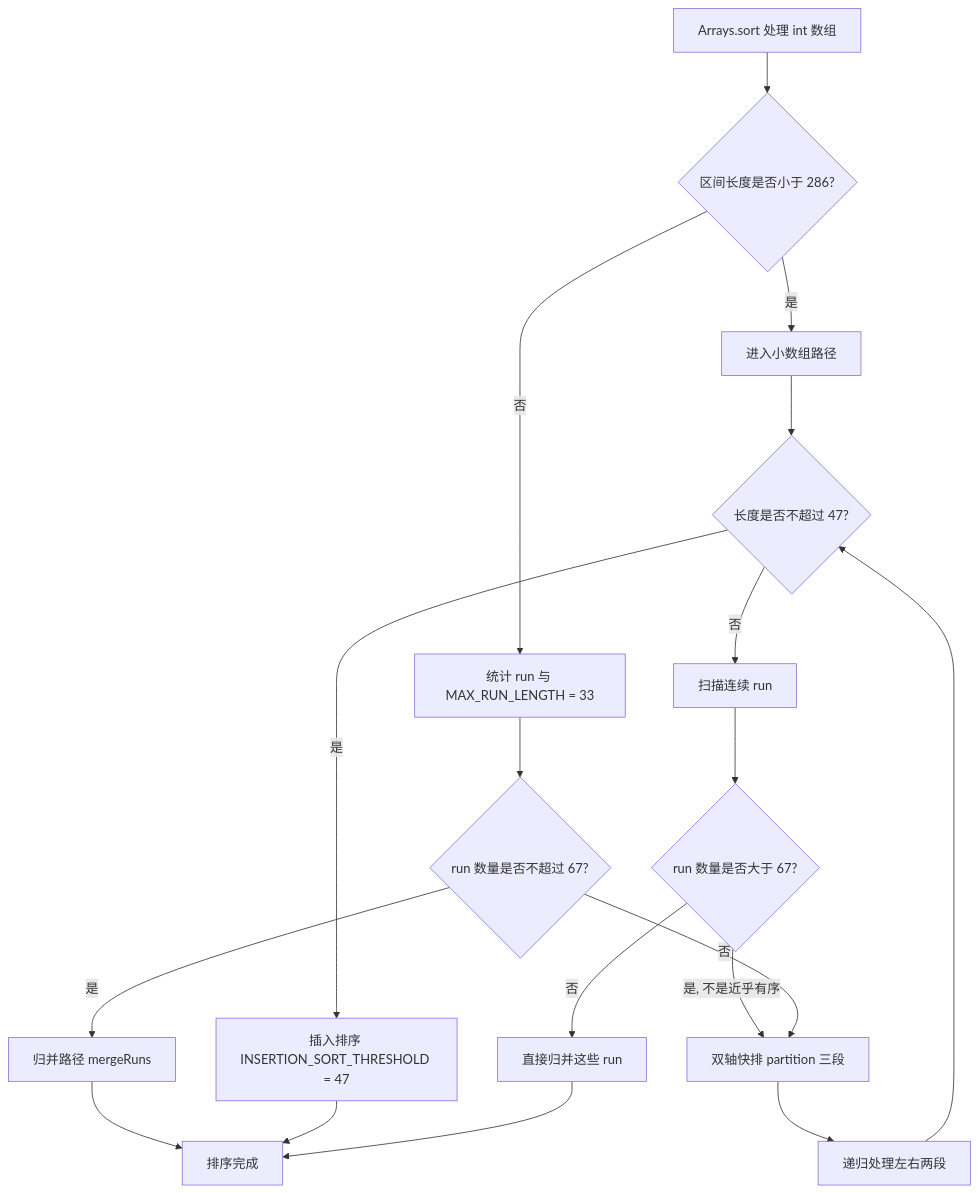
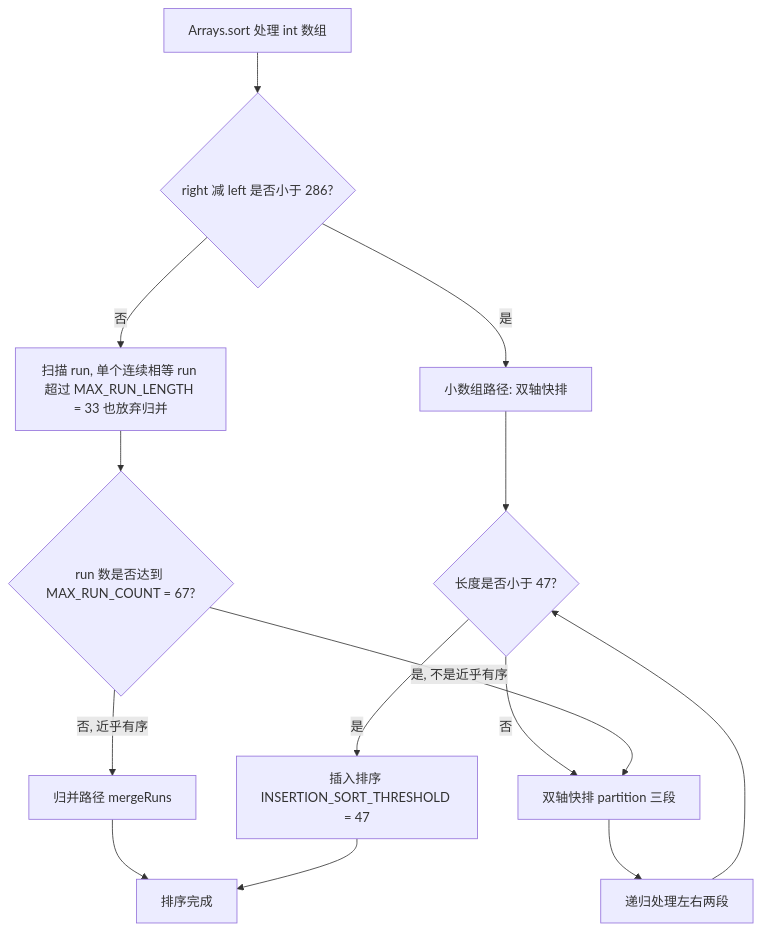
One commit to jacketan/java-interview changed the first of 12 diagrams in 07-cs-fundamentals/03-数据结构与算法.md. Above: the diagram before and after it, drawn with Mermaid. The commit also changed other lines of this file and 38 other files, not shown here.

````diff
--- a/07-cs-fundamentals/03-数据结构与算法.md
+++ b/07-cs-fundamentals/03-数据结构与算法.md
@@ -90,20 +90,16 @@
 ```mermaid
 flowchart TD
-  A["Arrays.sort 处理 int 数组"] --> B{"区间长度是否小于 286?"}
-  B -->|"是"| C["进入小数组路径"]
-  C --> C1{"长度是否不超过 47?"}
+  A["Arrays.sort 处理 int 数组"] --> B{"right 减 left 是否小于 286?"}
+  B -->|"是"| C["小数组路径: 双轴快排"]
+  C --> C1{"长度是否小于 47?"}
   C1 -->|"是"| C2["插入排序 INSERTION_SORT_THRESHOLD = 47"]
-  C1 -->|"否"| C3["扫描连续 run"]
-  C3 --> C4{"run 数量是否大于 67?"}
-  C4 -->|"是, 不是近乎有序"| C5["双轴快排 partition 三段"]
-  C4 -->|"否"| C6["直接归并这些 run"]
-  B -->|"否"| D["统计 run 与 MAX_RUN_LENGTH = 33"]
-  D --> E{"run 数量是否不超过 67?"}
-  E -->|"是"| F["归并路径 mergeRuns"]
-  E -->|"否"| C5
+  C1 -->|"否"| C5["双轴快排 partition 三段"]
+  B -->|"否"| D["扫描 run, 单个连续相等 run 超过 MAX_RUN_LENGTH = 33 也放弃归并"]
+  D --> E{"run 数是否达到 MAX_RUN_COUNT = 67?"}
+  E -->|"否, 近乎有序"| F["归并路径 mergeRuns"]
+  E -->|"是, 不是近乎有序"| C5
   C5 --> G["递归处理左右两段"]
   G --> C1
   F --> H["排序完成"]
   C2 --> H
-  C6 --> H
 ```
````
